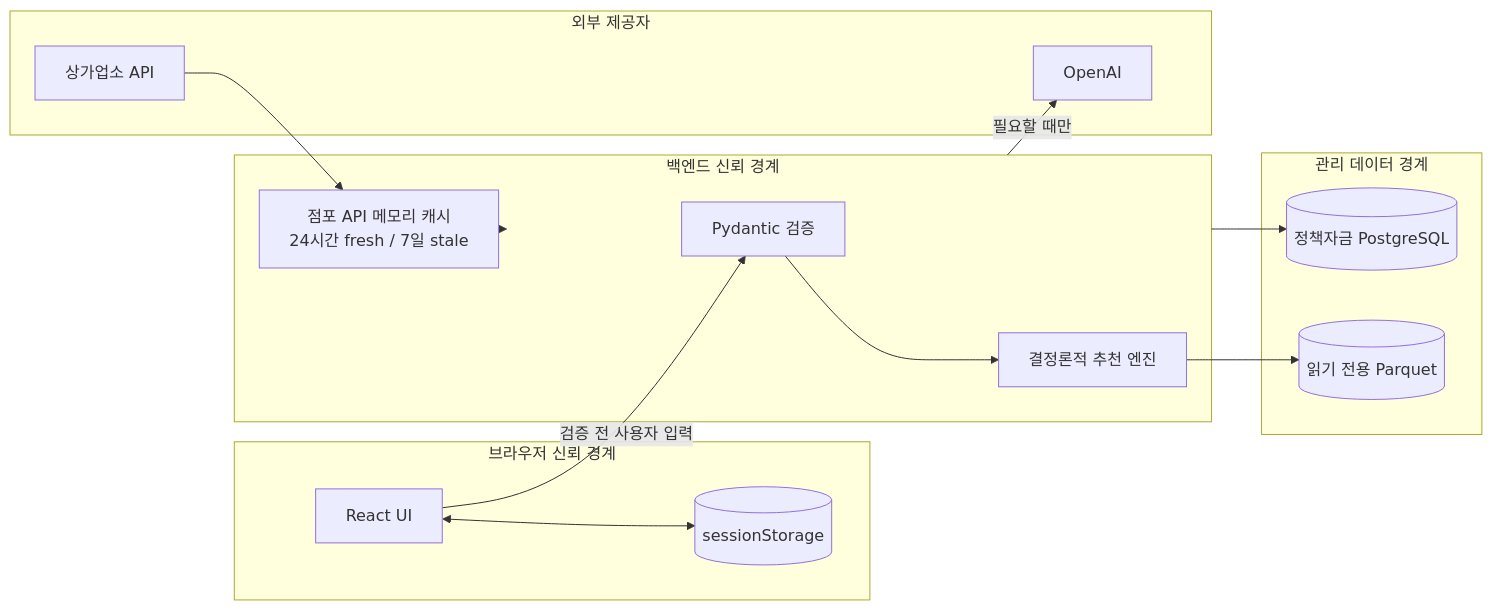
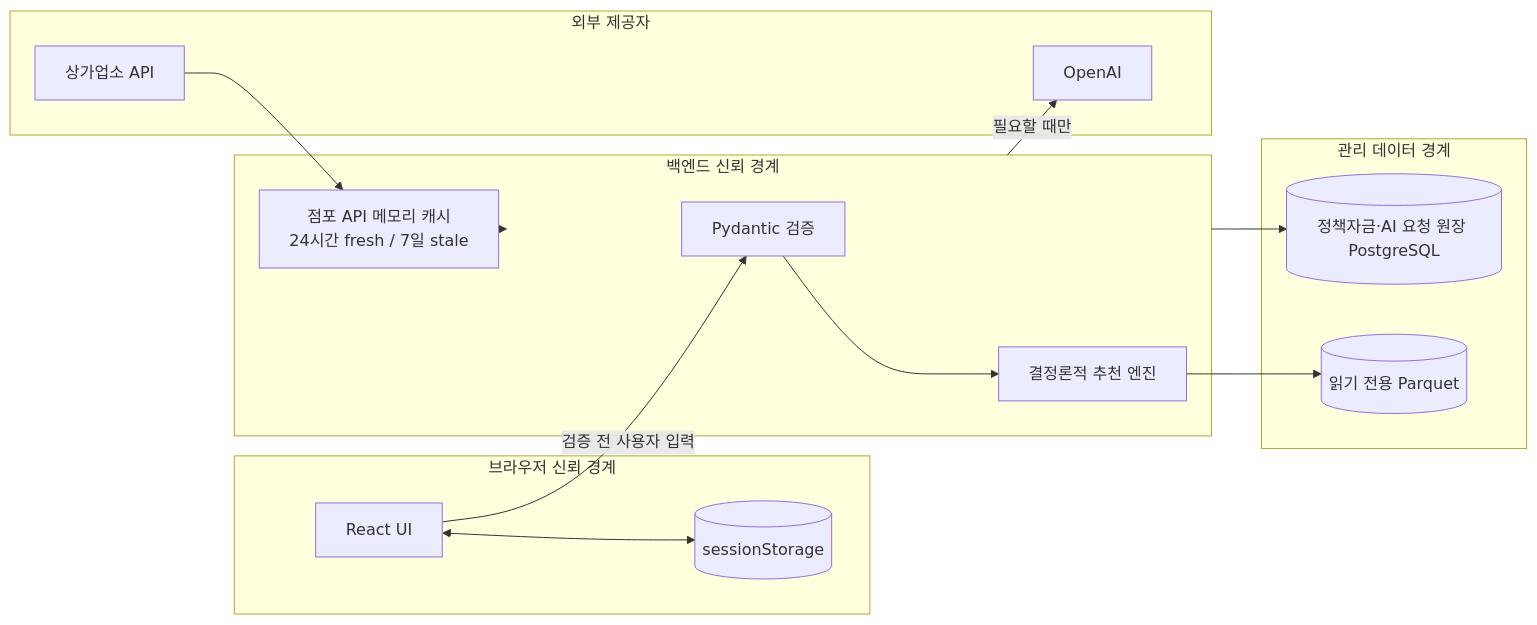
The seventh of 7 diagrams in docs/system-diagrams.md (SHS0814/locationfit), drawn with Mermaid before and after one commit. The commit also changed other lines of this file and 15 other files, not shown here.

````diff
--- a/docs/system-diagrams.md
+++ b/docs/system-diagrams.md
@@ -458,32 +458,32 @@
 ```mermaid
 flowchart LR
     subgraph browserBoundary["브라우저 신뢰 경계"]
         ui["React UI"]
         ss[("sessionStorage")]
         ui <--> ss
     end
 
     subgraph apiBoundary["백엔드 신뢰 경계"]
         validation["Pydantic 검증"]
         deterministic["결정론적 추천 엔진"]
         cache["점포 API 메모리 캐시<br/>24시간 fresh / 7일 stale"]
         validation --> deterministic
     end
 
     subgraph dataBoundary["관리 데이터 경계"]
         artifact[("읽기 전용 Parquet")]
-        db[("정책자금 PostgreSQL")]
+        db[("정책자금·AI 요청 원장 PostgreSQL")]
     end
 
     subgraph outside["외부 제공자"]
         ai["OpenAI"]
         store["상가업소 API"]
     end
 
     ui -->|검증 전 사용자 입력| validation
     deterministic --> artifact
     apiBoundary --> db
     apiBoundary -->|필요할 때만| ai
     store --> cache
     cache --> apiBoundary
 ```
````
